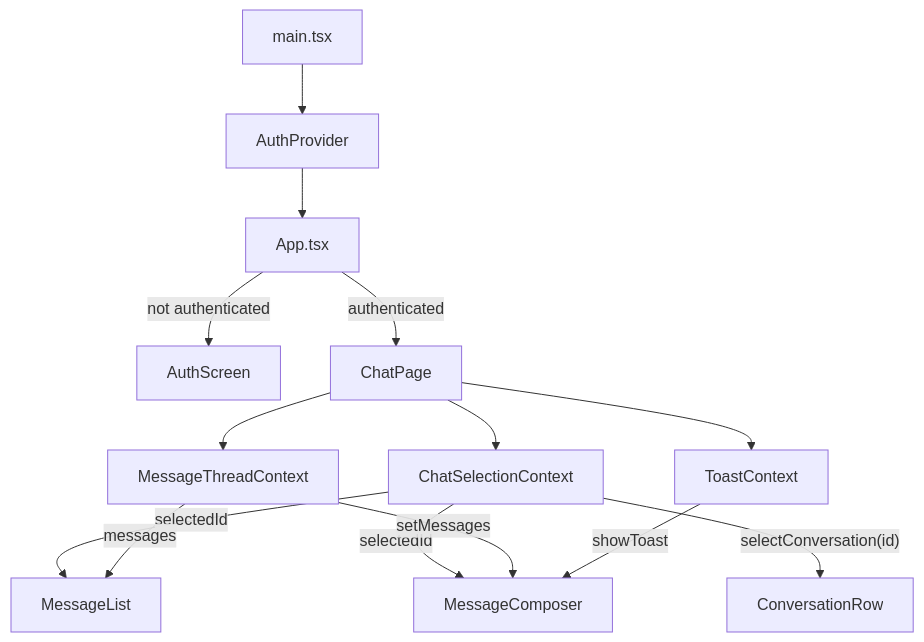
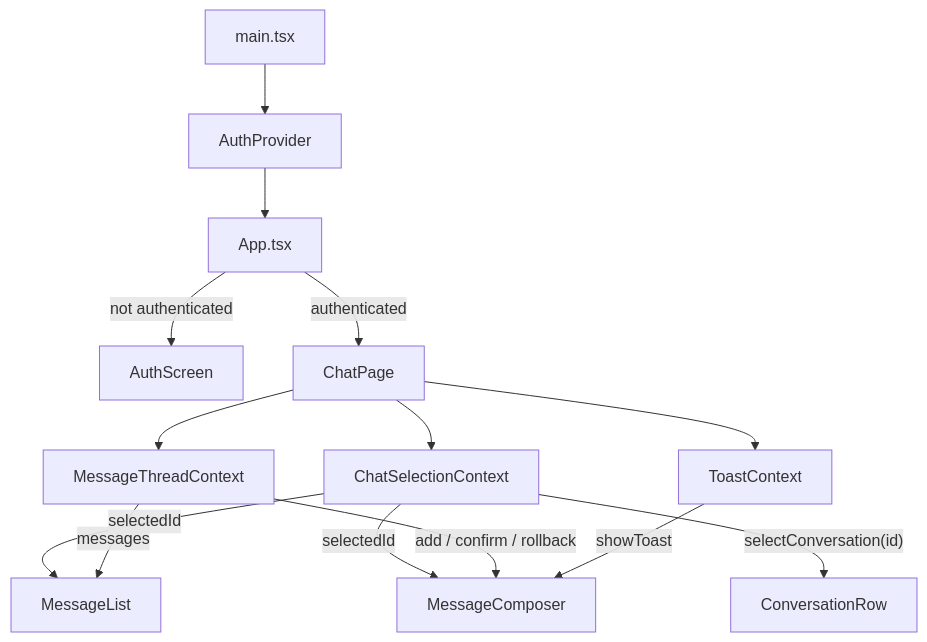
The diagram in README.md (michael-nagen/chat-mvp), drawn with Mermaid before and after one commit. The commit also changed other lines of this file and 14 other files, not shown here.

First line of the commit message:
refactor(thread): own message state via controller + named actions

````diff
--- a/README.md
+++ b/README.md
@@ -32,20 +32,20 @@
 ```mermaid
 flowchart TD
     main["main.tsx"] --> authProvider["AuthProvider"]
     authProvider --> app["App.tsx"]
     app -- "not authenticated" --> authScreen["AuthScreen"]
     app -- "authenticated" --> chatPage["ChatPage"]
 
     chatPage --> chatSelectionCtx["ChatSelectionContext"]
     chatPage --> toastCtx["ToastContext"]
     chatPage --> messageThreadCtx["MessageThreadContext"]
 
     chatSelectionCtx -- "selectedId" --> msgList["MessageList"]
     chatSelectionCtx -- "selectedId" --> msgComposer["MessageComposer"]
     chatSelectionCtx -- "selectConversation(id)" --> convRow["ConversationRow"]
 
     messageThreadCtx -- "messages" --> msgList
-    messageThreadCtx -- "setMessages" --> msgComposer
+    messageThreadCtx -- "add / confirm / rollback" --> msgComposer
 
     toastCtx -- "showToast" --> msgComposer
 ```
````
